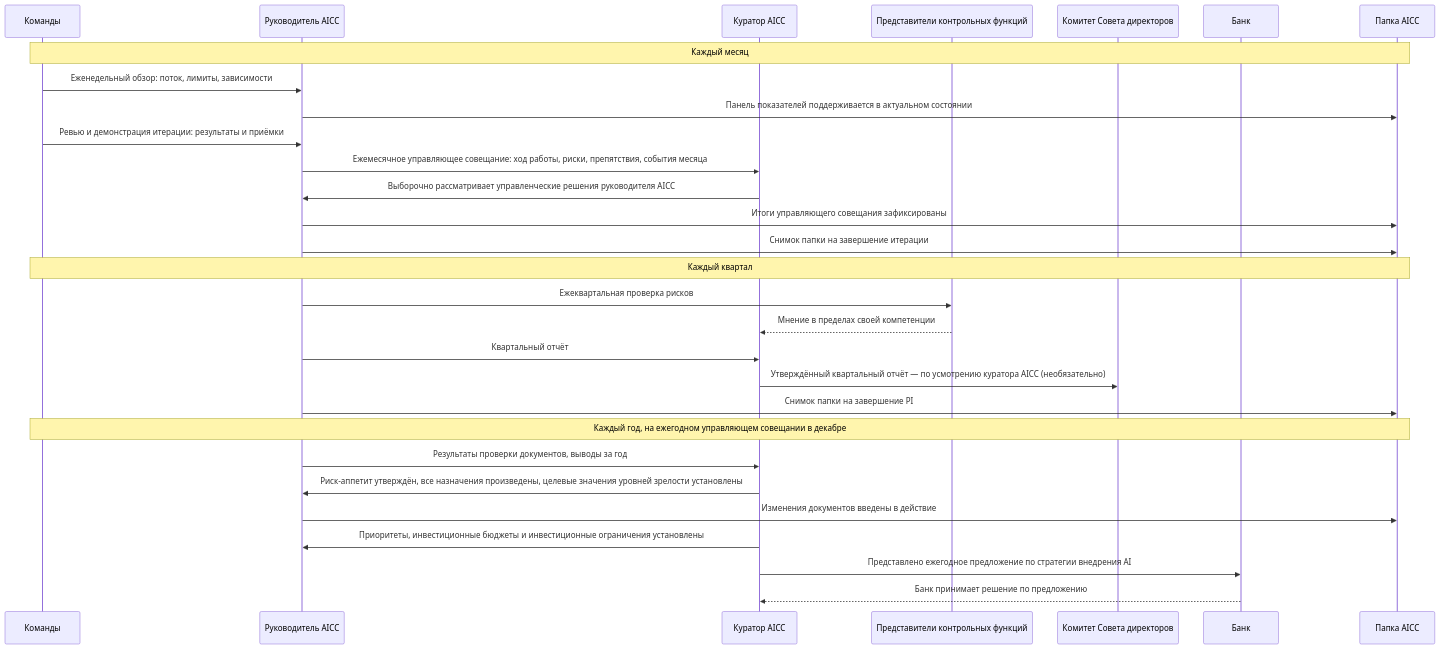
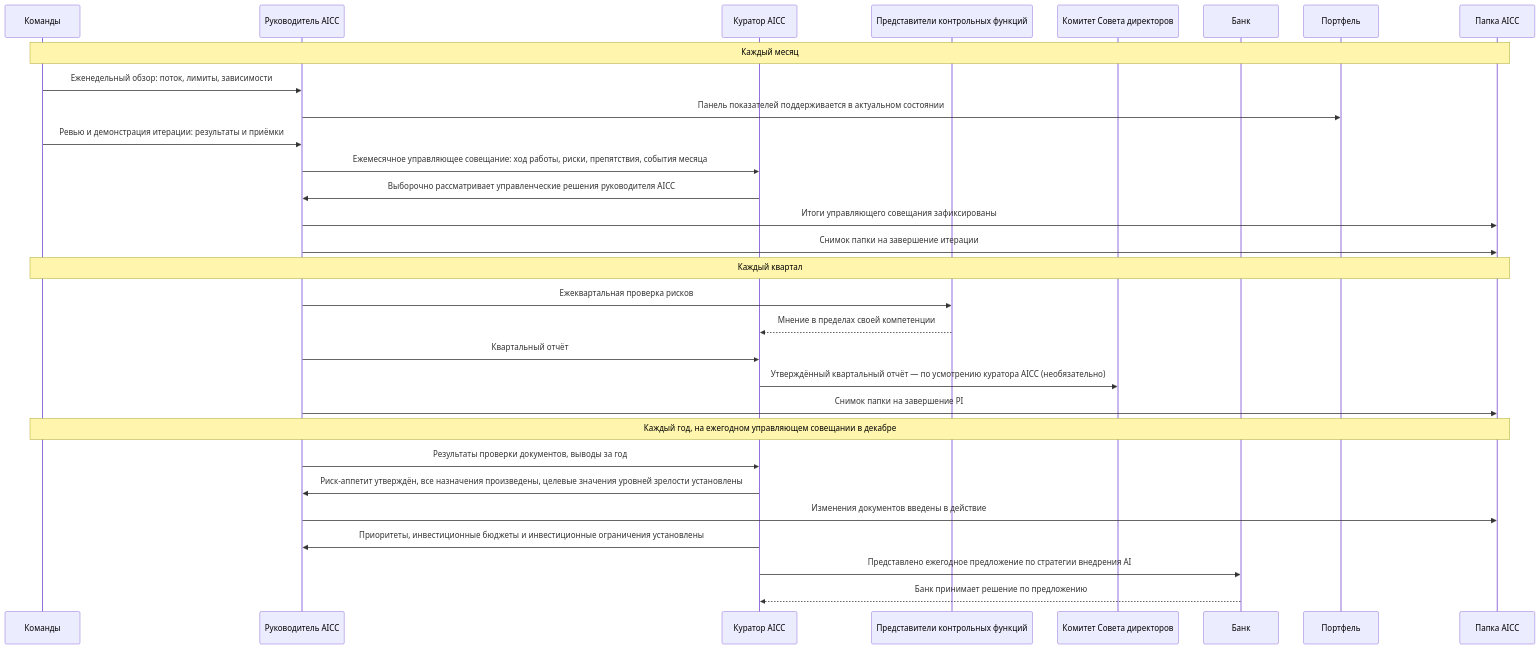
Before and after one commit to devhogu/ob-aicc: the third of 6 diagrams in charter/ru/workflows/unit-governance.md, drawn with Mermaid. The commit also changed other lines of this file and 365 other files, not shown here.

````diff
--- a/charter/ru/workflows/unit-governance.md
+++ b/charter/ru/workflows/unit-governance.md
@@ -84,31 +84,32 @@
 ```mermaid
 sequenceDiagram
   participant T as Команды
   participant L as Руководитель AICC
   participant ES as Куратор AICC
   participant CF as Представители контрольных функций
   participant BC as Комитет Совета директоров
   participant BK as Банк
+  participant P as Портфель
   participant R as Папка AICC
   Note over T,R: Каждый месяц
   T->>L: Еженедельный обзор: поток, лимиты, зависимости
-  L->>R: Панель показателей поддерживается в актуальном состоянии
+  L->>P: Панель показателей поддерживается в актуальном состоянии
   T->>L: Ревью и демонстрация итерации: результаты и приёмки
   L->>ES: Ежемесячное управляющее совещание: ход работы, риски, препятствия, события месяца
   ES->>L: Выборочно рассматривает управленческие решения руководителя AICC
   L->>R: Итоги управляющего совещания зафиксированы
   L->>R: Снимок папки на завершение итерации
   Note over T,R: Каждый квартал
   L->>CF: Ежеквартальная проверка рисков
   CF-->>ES: Мнение в пределах своей компетенции
   L->>ES: Квартальный отчёт
   ES->>BC: Утверждённый квартальный отчёт — по усмотрению куратора AICC (необязательно)
   L->>R: Снимок папки на завершение PI
   Note over T,R: Каждый год, на ежегодном управляющем совещании в декабре
   L->>ES: Результаты проверки документов, выводы за год
   ES->>L: Риск-аппетит утверждён, все назначения произведены, целевые значения уровней зрелости установлены
   L->>R: Изменения документов введены в действие
   ES->>L: Приоритеты, инвестиционные бюджеты и инвестиционные ограничения установлены
   ES->>BK: Представлено ежегодное предложение по стратегии внедрения AI
   BK-->>ES: Банк принимает решение по предложению
 ```
````
